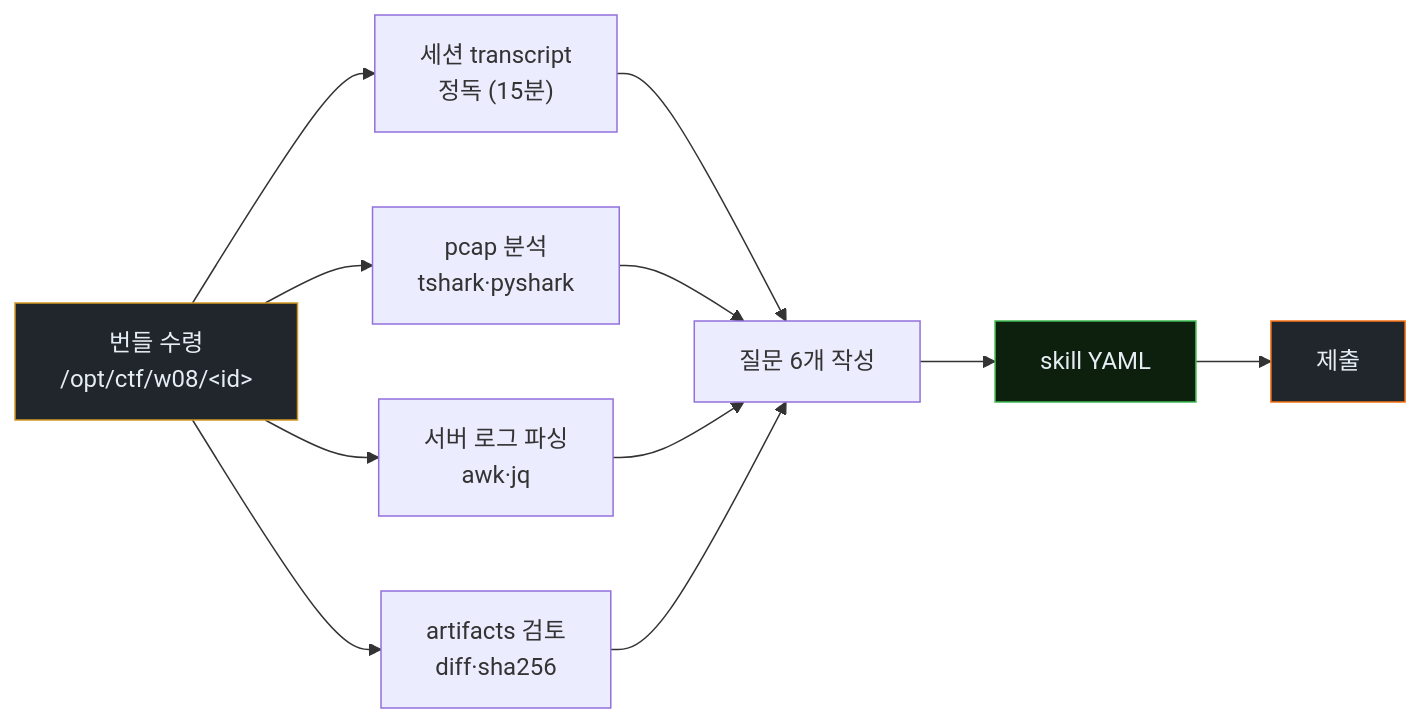
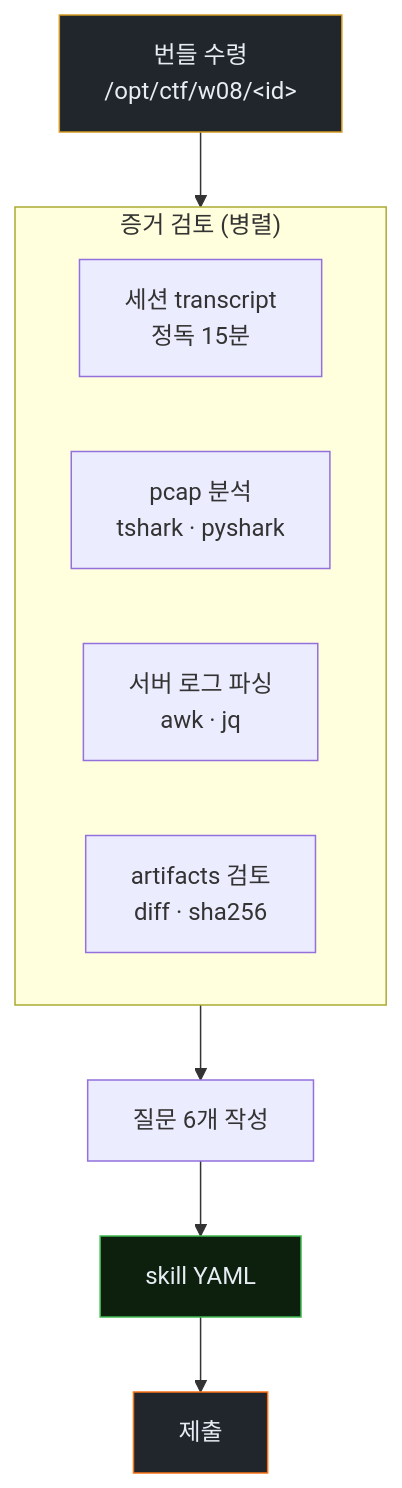
Before and after one commit to mrgrit/ccc: the first of 5 diagrams in contents/education/course19-agent-incident-response/week08/lecture.md, drawn with Mermaid. The commit also changed other lines of this file and 5 other files, not shown here.

First line of the commit message:
docs(course19): w9 상세화 + 기존 LR 다이어그램을 TB로 전환

````diff
--- a/contents/education/course19-agent-incident-response/week08/lecture.md
+++ b/contents/education/course19-agent-incident-response/week08/lecture.md
@@ -60,17 +60,17 @@
 ```mermaid
-flowchart LR
+flowchart TB
     B["번들 수령<br/>/opt/ctf/w08/&lt;id&gt;"]
-    R1["세션 transcript<br/>정독 (15분)"]
-    R2["pcap 분석<br/>tshark·pyshark"]
-    R3["서버 로그 파싱<br/>awk·jq"]
-    R4["artifacts 검토<br/>diff·sha256"]
+    subgraph Review["증거 검토 (병렬)"]
+      R1["세션 transcript<br/>정독 15분"]
+      R2["pcap 분석<br/>tshark · pyshark"]
+      R3["서버 로그 파싱<br/>awk · jq"]
+      R4["artifacts 검토<br/>diff · sha256"]
+    end
     Q["질문 6개 작성"]
     Y["skill YAML"]
     S["제출"]
-    B --> R1 & R2 & R3 & R4
-    R1 & R2 & R3 & R4 --> Q
-    Q --> Y --> S
+    B --> Review --> Q --> Y --> S
     style B fill:#21262d,stroke:#d29922,color:#e6edf3
     style Y fill:#0d1f0d,stroke:#3fb950,color:#e6edf3
     style S fill:#21262d,stroke:#f97316,color:#e6edf3
 ```
````
